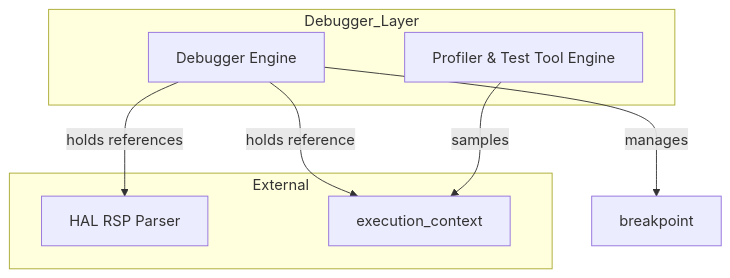
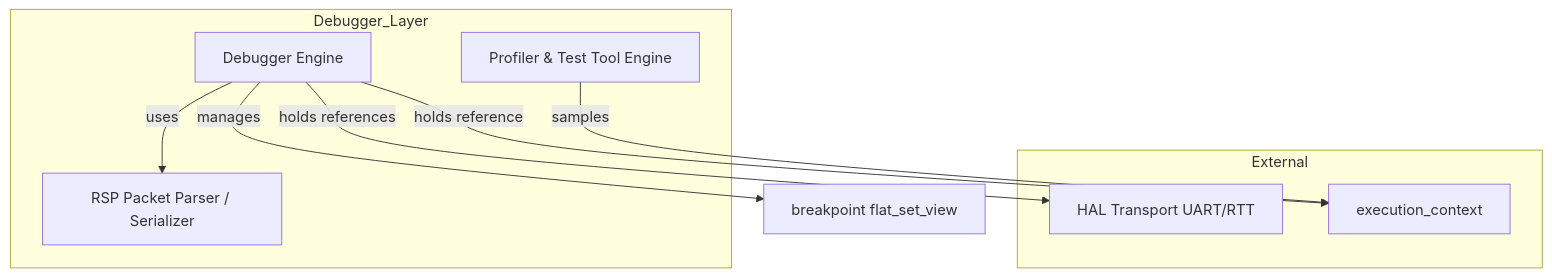
Before and after one commit to kmt-t/fireball: the first of 3 diagrams in docs/components/tier2_runtime/debug/debug_manager.md, drawn with Mermaid. The commit also changed other lines of this file and 54 other files, not shown here.

````diff
--- a/docs/components/tier2_runtime/debug/debug_manager.md
+++ b/docs/components/tier2_runtime/debug/debug_manager.md
@@ -19,17 +24,19 @@
 ```mermaid
 graph TD
     subgraph Debugger_Layer
         Engine[Debugger Engine]
+        RspParser[RSP Packet Parser / Serializer]
         Profiler[Profiler & Test Tool Engine]
     end
 
     subgraph External
-        HAL[HAL RSP Parser]
+        HAL[HAL Transport UART/RTT]
         ECtx[execution_context]
     end
 
     Engine -- holds references --> HAL
+    Engine -- uses --> RspParser
     Engine -- holds reference --> ECtx
-    Engine -- manages --> BP[breakpoint]
+    Engine -- manages --> BP[breakpoint flat_set_view]
     Profiler -- samples --> ECtx
 ```
````
